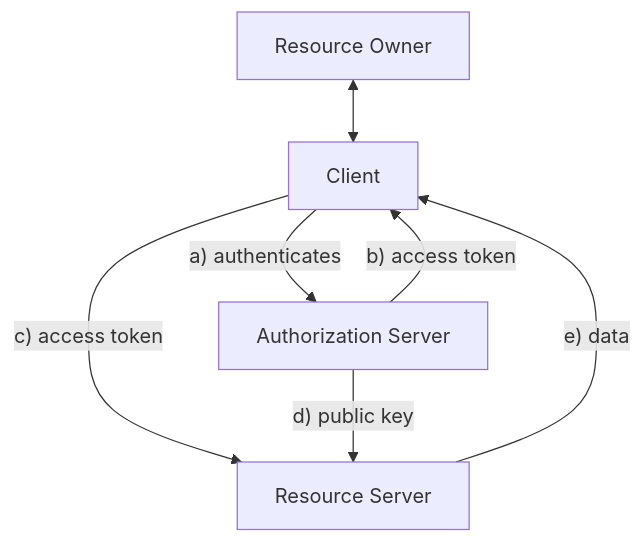
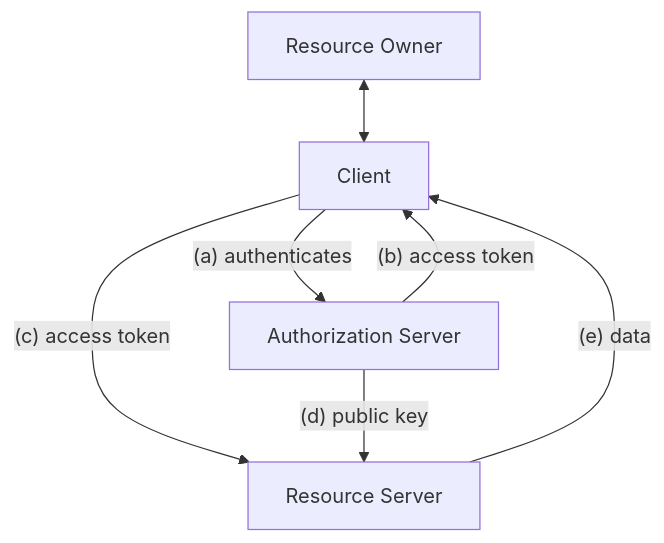
Before and after one commit to Shaurya-GitH/notes: the diagram in content/OAuth 2.0.md, drawn with Mermaid.

Commit message:
Quartz sync: Jan 22, 2026, 9:00 PM

````diff
--- a/content/OAuth 2.0.md
+++ b/content/OAuth 2.0.md
@@ -20,15 +20,15 @@
 ```mermaid
 graph TD
     RO[Resource Owner] <--> Client
     
     %% Step 1: Authentication
-    Client -- "a) authenticates" --> AS[Authorization Server]
-    AS -- "b) access token" --> Client
+    Client -- "(a) authenticates" --> AS[Authorization Server]
+    AS -- "(b) access token" --> Client
     
     %% Step 2: Access
-    Client -- "c) access token" --> RS[Resource Server]
-    RS -- "e) data" --> Client
+    Client -- "(c) access token" --> RS[Resource Server]
+    RS -- "(e) data" --> Client
     
     %% Key Distribution
-    AS -- "d) public key" --> RS
+    AS -- "(d) public key" --> RS
 ```
````
